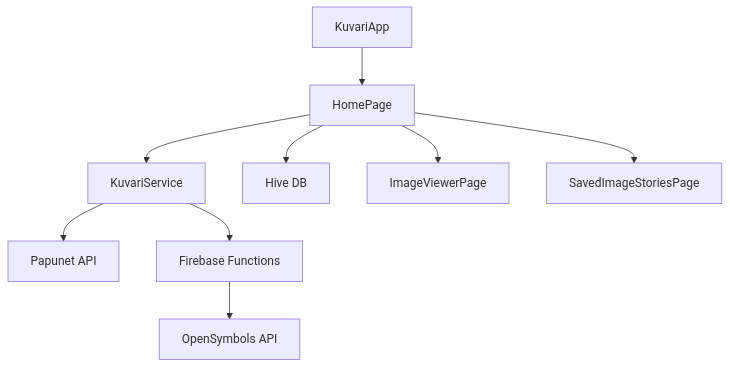
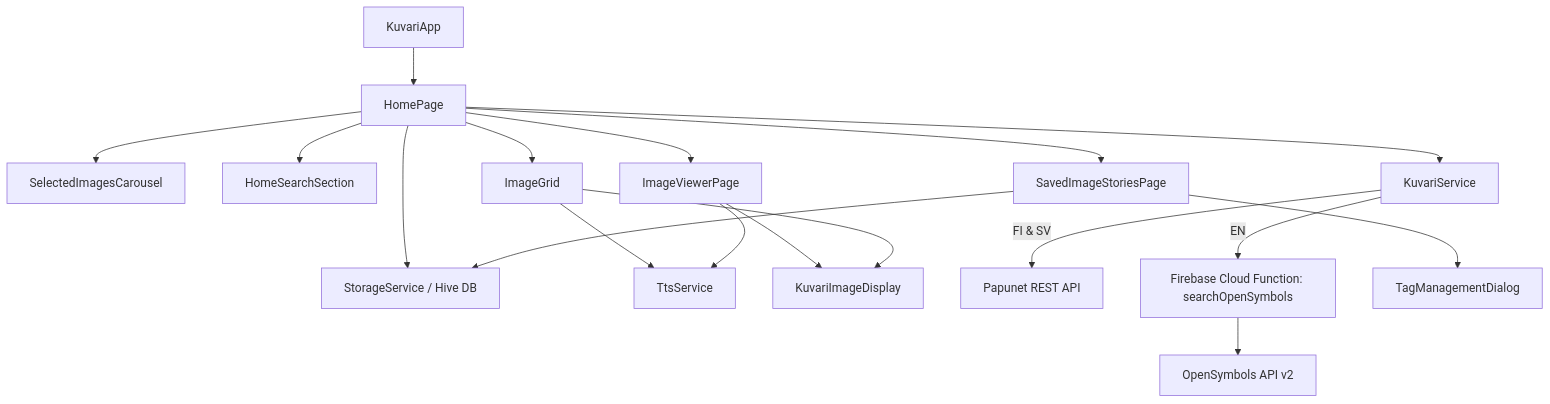
One commit to jamesoidian/kuvari changed the diagram in .gsd/ARCHITECTURE.md. Above: the diagram before and after it, drawn with Mermaid. The commit also changed other lines of this file and 2 other files, not shown here.

````diff
--- a/.gsd/ARCHITECTURE.md
+++ b/.gsd/ARCHITECTURE.md
@@ -9,11 +9,23 @@
 ```mermaid
 graph TD
-    A[KuvariApp] --> B[HomePage]
-    B --> C[KuvariService]
-    B --> D[Hive DB]
-    C --> E[Papunet API]
-    C --> F[Firebase Functions]
-    F --> G[OpenSymbols API]
-    B --> H[ImageViewerPage]
-    B --> I[SavedImageStoriesPage]
+    App[KuvariApp] --> Home[HomePage]
+    Home --> Carousel[SelectedImagesCarousel]
+    Home --> Search[HomeSearchSection]
+    Home --> Grid[ImageGrid]
+    Home --> Service[KuvariService]
+    Home --> Storage[StorageService / Hive DB]
+    Home --> Viewer[ImageViewerPage]
+    Home --> SavedStories[SavedImageStoriesPage]
+
+    Grid --> TTS[TtsService]
+    Viewer --> TTS
+    Viewer --> ImageDisplay[KuvariImageDisplay]
+    Grid --> ImageDisplay
+
+    Service -->|FI & SV| Papunet[Papunet REST API]
+    Service -->|EN| CloudFn[Firebase Cloud Function: searchOpenSymbols]
+    CloudFn --> OpenSymbols[OpenSymbols API v2]
+
+    SavedStories --> TagDialog[TagManagementDialog]
+    SavedStories --> Storage
 ```
````
